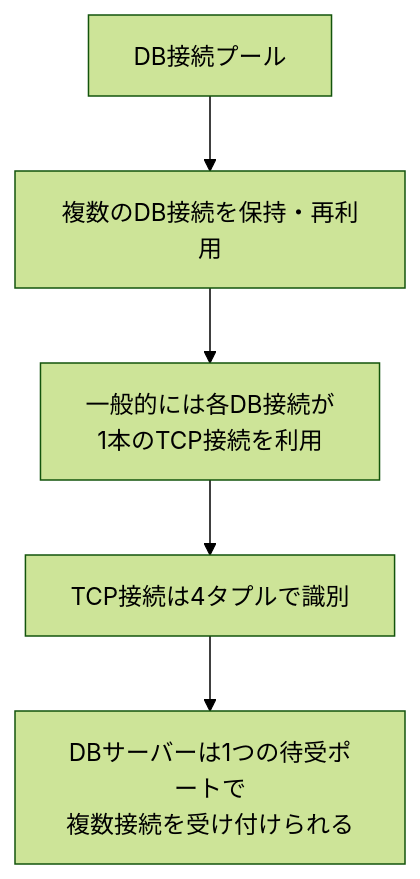
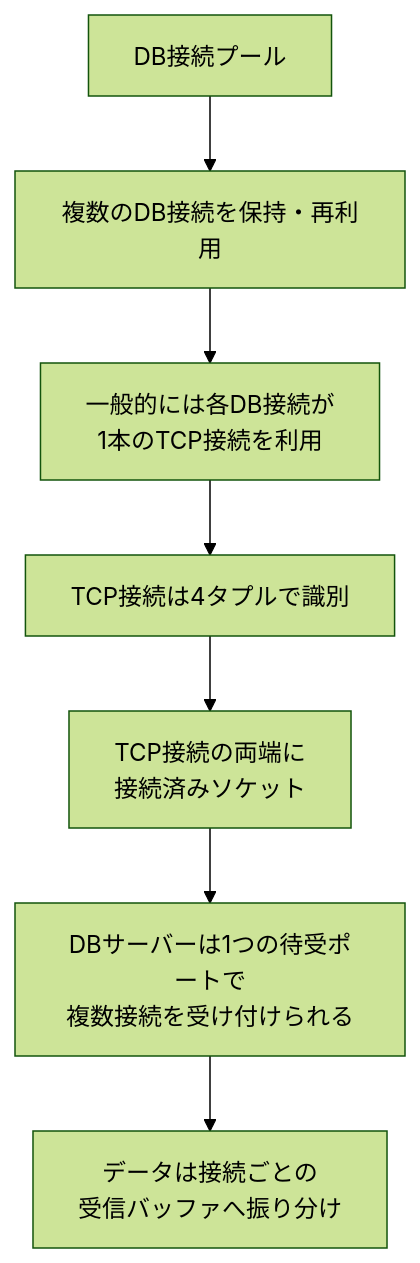
Before and after one commit to mgmaru/go-http-security-lab: diagram 13 of 13 in docs/reference/db-connection-pool-and-tcp-ports.md, drawn with Mermaid (forest theme). The commit also changed other lines of this file, not shown here.

````diff
--- a/docs/reference/db-connection-pool-and-tcp-ports.md
+++ b/docs/reference/db-connection-pool-and-tcp-ports.md
@@ -360,10 +600,12 @@
 ```mermaid
 flowchart TB
     Pool["DB接続プール"]
     Connections["複数のDB接続を保持・再利用"]
     TCP["一般的には各DB接続が<br/>1本のTCP接続を利用"]
     FourTuple["TCP接続は4タプルで識別"]
+    Socket["TCP接続の両端に<br/>接続済みソケット"]
     Port["DBサーバーは1つの待受ポートで<br/>複数接続を受け付けられる"]
+    Data["データは接続ごとの<br/>受信バッファへ振り分け"]
 
-    Pool --> Connections --> TCP --> FourTuple --> Port
+    Pool --> Connections --> TCP --> FourTuple --> Socket --> Port --> Data
 ```
````
